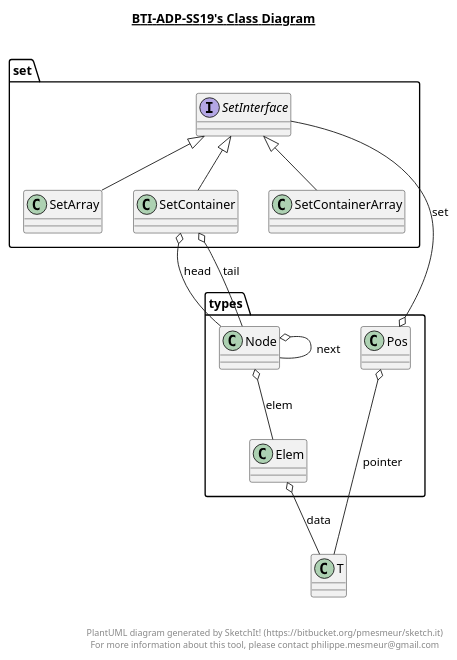
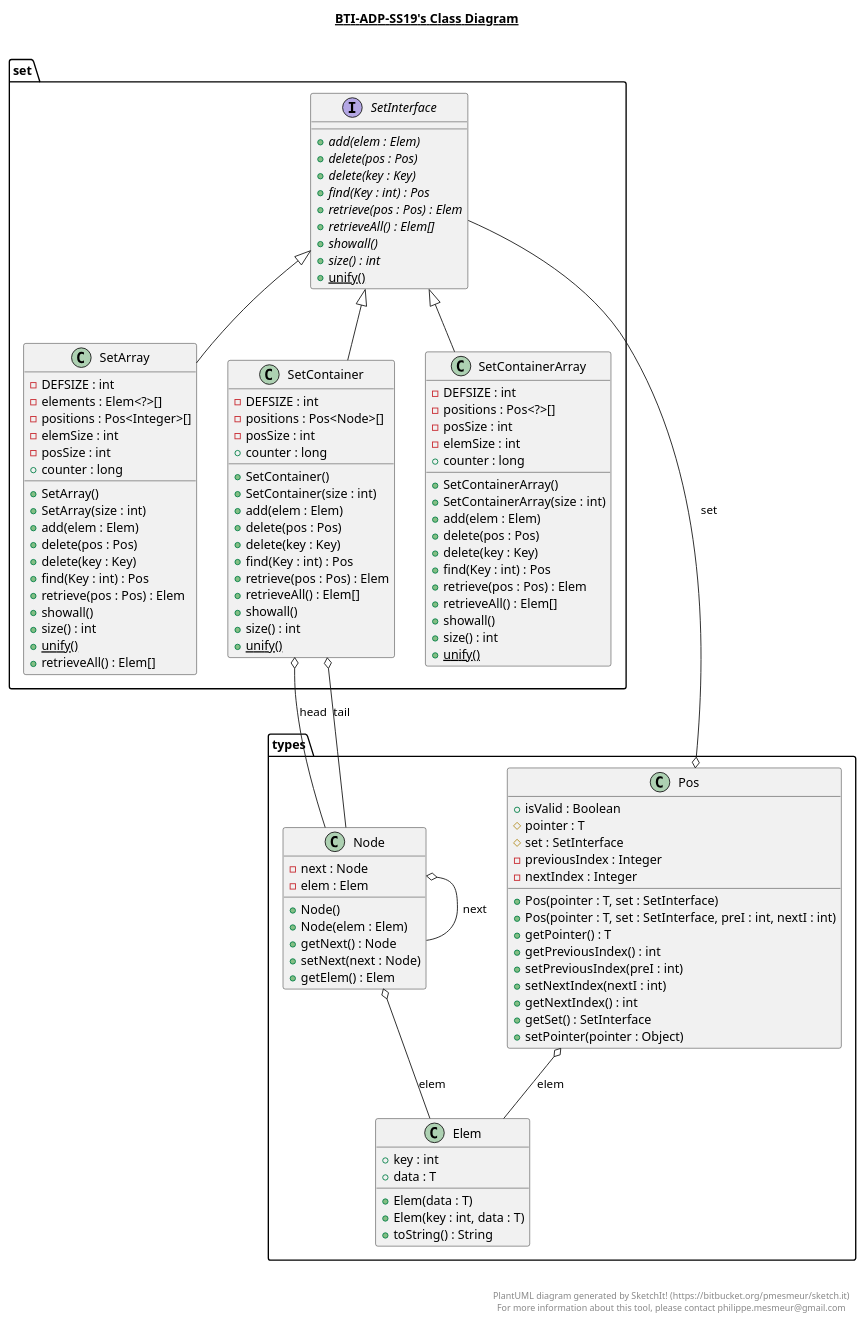
One commit to Finnfj/BTI-ADP-SS19 changed the diagram in BTI-ADP-SS19.plantuml. Above: the diagram before and after it, drawn with PlantUML. The commit also changed 4 other files, not shown here.

```diff
--- a/BTI-ADP-SS19.plantuml
+++ b/BTI-ADP-SS19.plantuml
@@ -1,66 +1,148 @@
 @startuml
 
 title __BTI-ADP-SS19's Class Diagram__\n
 
   package types {
     class Elem {
+        + key : int
+        + data : T
+        + Elem(data : T)
+        + Elem(key : int, data : T)
+        + toString() : String
     }
   }
-  
+
 
   package types {
     class Node {
+        - next : Node
+        - elem : Elem
+        + Node()
+        + Node(elem : Elem)
+        + getNext() : Node
+        + setNext(next : Node)
+        + getElem() : Elem
     }
   }
-  
+
 
   package types {
     class Pos {
+        + isValid : Boolean
+        # pointer : T
+        # set : SetInterface
+        - previousIndex : Integer
+        - nextIndex : Integer
+        + Pos(pointer : T, set : SetInterface)
+        + Pos(pointer : T, set : SetInterface, preI : int, nextI : int)
+        + getPointer() : T
+        + getPreviousIndex() : int
+        + setPreviousIndex(preI : int)
+        + setNextIndex(nextI : int)
+        + getNextIndex() : int
+        + getSet() : SetInterface
+        + setPointer(pointer : Object)
     }
   }
   
 
   package set {
     class SetArray {
+        - DEFSIZE : int
+        - elements : Elem<?>[]
+        - positions : Pos<Integer>[]
+        - elemSize : int
+        - posSize : int
+        + counter : long
+        + SetArray()
+        + SetArray(size : int)
+        + add(elem : Elem)
+        + delete(pos : Pos)
+        + delete(key : Key)
+        + find(Key : int) : Pos
+        + retrieve(pos : Pos) : Elem
+        + showall()
+        + size() : int
+        {static} + unify()
+        + retrieveAll() : Elem[]
+    }
+  }
+
+
+  package set {
+    class SetContainer {
+        - DEFSIZE : int
+        - positions : Pos<Node>[]
+        - posSize : int
+        + counter : long
+        + SetContainer()
+        + SetContainer(size : int)
+        + add(elem : Elem)
+        + delete(pos : Pos)
+        + delete(key : Key)
+        + find(Key : int) : Pos
+        + retrieve(pos : Pos) : Elem
+        + retrieveAll() : Elem[]
+        + showall()
+        + size() : int
+        {static} + unify()
+    }
+  }
+
+
+  package set {
+    class SetContainerArray {
+        - DEFSIZE : int
+        - positions : Pos<?>[]
+        - posSize : int
+        - elemSize : int
+        + counter : long
+        + SetContainerArray()
+        + SetContainerArray(size : int)
+        + add(elem : Elem)
+        + delete(pos : Pos)
+        + delete(key : Key)
+        + find(Key : int) : Pos
+        + retrieve(pos : Pos) : Elem
+        + retrieveAll() : Elem[]
+        + showall()
+        + size() : int
+        {static} + unify()
+    }
+  }
+
+
+  package set {
+    interface SetInterface {
+        {abstract} + add(elem : Elem)
+        {abstract} + delete(pos : Pos)
+        {abstract} + delete(key : Key)
+        {abstract} + find(Key : int) : Pos
+        {abstract} + retrieve(pos : Pos) : Elem
+        {abstract} + retrieveAll() : Elem[]
+        {abstract} + showall()
+        {abstract} + size() : int
+        {static} + unify()
     }
   }
   
 
-  package set {
-    class SetContainer {
-    }
-  }
-  
-
-  package set {
-    class SetContainerArray {
-    }
-  }
-  
-
-  package set {
-    interface SetInterface {
-    }
-  }
-  
-
-  Elem o-- T : data
   Node o-- Node : next
   Node o-- Elem : elem
-  Pos o-- T : pointer
+  Pos o-- Elem : elem
   Pos o-- SetInterface : set
   SetArray -up-|> SetInterface
   SetContainer -up-|> SetInterface
   SetContainer o-- Node : head
   SetContainer o-- Node : tail
   SetContainerArray -up-|> SetInterface
 
 
 right footer
 
 
 PlantUML diagram generated by SketchIt! (https://bitbucket.org/pmesmeur/sketch.it)
 For more information about this tool, please contact philippe.mesmeur@gmail.com
 endfooter
 
 @enduml
```
